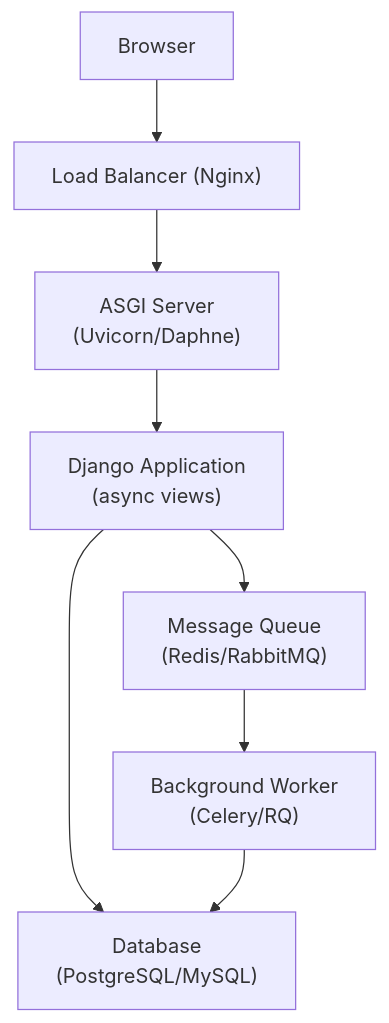
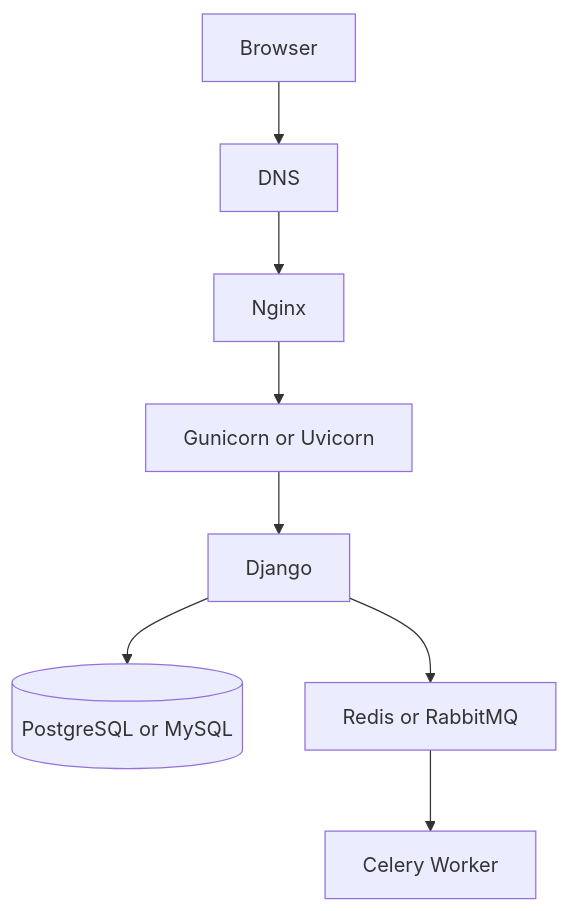
Before and after one commit to ergauravgoyal/ai-first-software-engineer: the seventh of 7 diagrams in docs/02-backend-engineering/python/02-web-fundamentals-django.md, drawn with Mermaid. The commit also changed other lines of this file and 4 other files, not shown here.

````diff
--- a/docs/02-backend-engineering/python/02-web-fundamentals-django.md
+++ b/docs/02-backend-engineering/python/02-web-fundamentals-django.md
@@ -253,10 +295,10 @@
 ```mermaid
 flowchart TD
-    Browser["Browser"] --> LB["Load Balancer (Nginx)"]
-    LB --> ASGI["ASGI Server\n(Uvicorn/Daphne)"]
-    ASGI --> Django["Django Application\n(async views)"]
-    Django --> DB["Database\n(PostgreSQL/MySQL)"]
-    Django --> Queue["Message Queue\n(Redis/RabbitMQ)"]
-    Queue --> Worker["Background Worker\n(Celery/RQ)"]
-    Worker --> DB
+    Browser[Browser] --> DNS[DNS]
+    DNS --> Proxy[Nginx]
+    Proxy --> App[Gunicorn or Uvicorn]
+    App --> Django[Django]
+    Django --> DB[(PostgreSQL or MySQL)]
+    Django --> MQ[Redis or RabbitMQ]
+    MQ --> Worker[Celery Worker]
 ```
````
